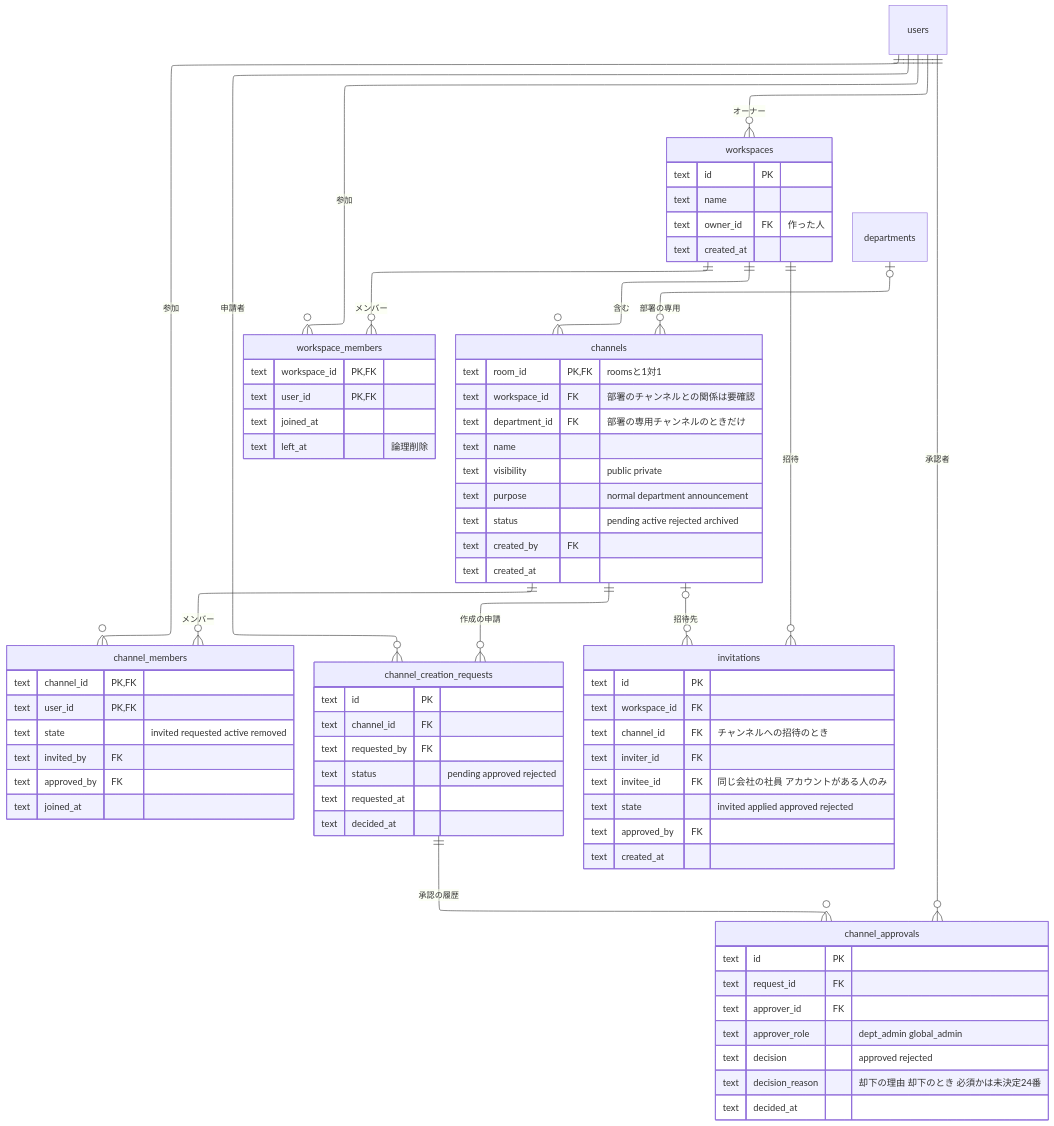
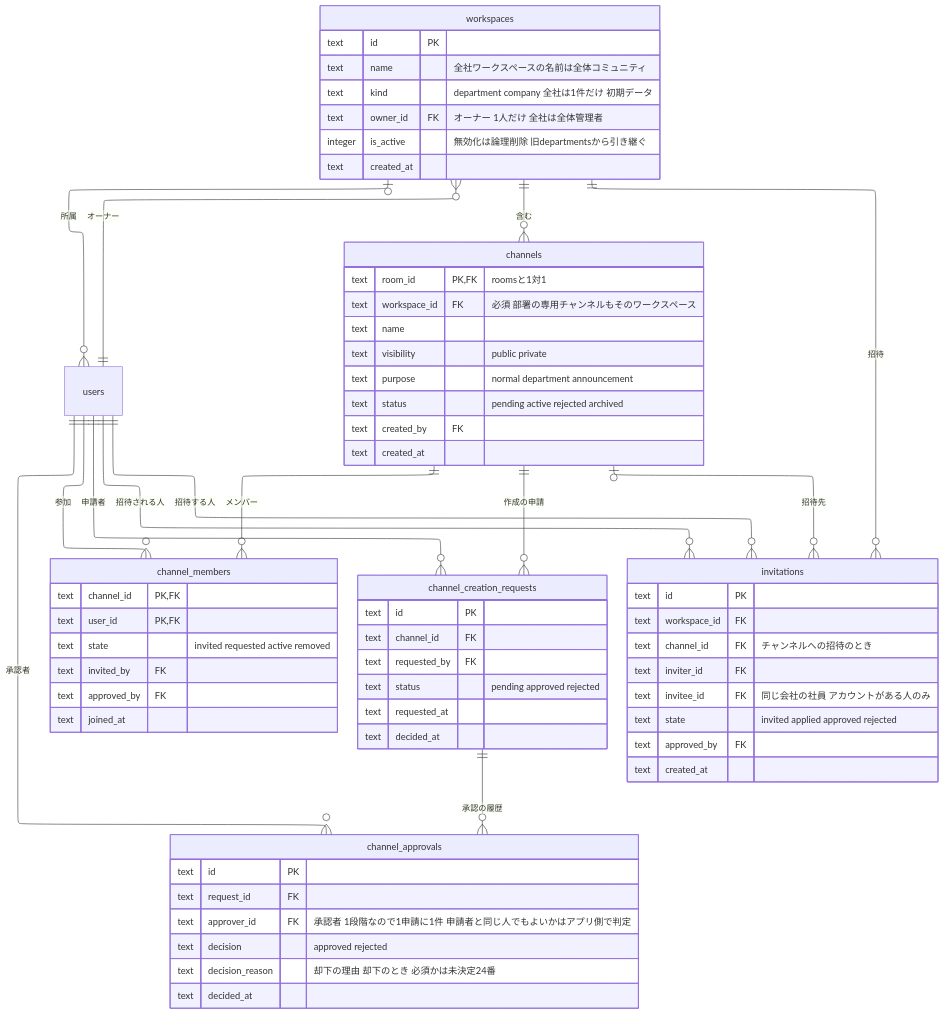
Before and after one commit to yamamotonaoki3/internal-system: the sixth of 8 diagrams in docs/requirements/data-model.md, drawn with Mermaid. The commit also changed other lines of this file, not shown here.

````diff
--- a/docs/requirements/data-model.md
+++ b/docs/requirements/data-model.md
@@ -188,79 +197,73 @@
 ```mermaid
 ---
 config:
   layout: elk
 ---
 erDiagram
     users ||--o{ workspaces : "オーナー"
-    workspaces ||--o{ workspace_members : "メンバー"
-    users ||--o{ workspace_members : "参加"
+    workspaces |o--o{ users : "所属"
     workspaces ||--o{ channels : "含む"
-    departments |o--o{ channels : "部署の専用"
     channels ||--o{ channel_members : "メンバー"
     users ||--o{ channel_members : "参加"
     channels ||--o{ channel_creation_requests : "作成の申請"
     channel_creation_requests ||--o{ channel_approvals : "承認の履歴"
     users ||--o{ channel_creation_requests : "申請者"
     users ||--o{ channel_approvals : "承認者"
     workspaces ||--o{ invitations : "招待"
     channels |o--o{ invitations : "招待先"
+    users ||--o{ invitations : "招待する人"
+    users ||--o{ invitations : "招待される人"
 
     workspaces {
         text id PK
-        text name
-        text owner_id FK "作った人"
+        text name "全社ワークスペースの名前は全体コミュニティ"
+        text kind "department company 全社は1件だけ 初期データ"
+        text owner_id FK "オーナー 1人だけ 全社は全体管理者"
+        integer is_active "無効化は論理削除 旧departmentsから引き継ぐ"
         text created_at
-    }
-    workspace_members {
-        text workspace_id PK, FK
-        text user_id PK, FK
-        text joined_at
-        text left_at "論理削除"
     }
     channels {
         text room_id PK, FK "roomsと1対1"
-        text workspace_id FK "部署のチャンネルとの関係は要確認"
-        text department_id FK "部署の専用チャンネルのときだけ"
+        text workspace_id FK "必須 部署の専用チャンネルもそのワークスペース"
         text name
         text visibility "public private"
         text purpose "normal department announcement"
         text status "pending active rejected archived"
         text created_by FK
         text created_at
     }
     channel_members {
         text channel_id PK, FK
         text user_id PK, FK
         text state "invited requested active removed"
         text invited_by FK
         text approved_by FK
         text joined_at
     }
     channel_creation_requests {
         text id PK
         text channel_id FK
         text requested_by FK
         text status "pending approved rejected"
         text requested_at
         text decided_at
     }
     channel_approvals {
         text id PK
         text request_id FK
-        text approver_id FK
-        text approver_role "dept_admin global_admin"
+        text approver_id FK "承認者 1段階なので1申請に1件 申請者と同じ人でもよいかはアプリ側で判定"
         text decision "approved rejected"
         text decision_reason "却下の理由 却下のとき 必須かは未決定24番"
         text decided_at
     }
     invitations {
         text id PK
         text workspace_id FK
         text channel_id FK "チャンネルへの招待のとき"
         text inviter_id FK
         text invitee_id FK "同じ会社の社員 アカウントがある人のみ"
         text state "invited applied approved rejected"
         text approved_by FK
         text created_at
     }
 ```
````
